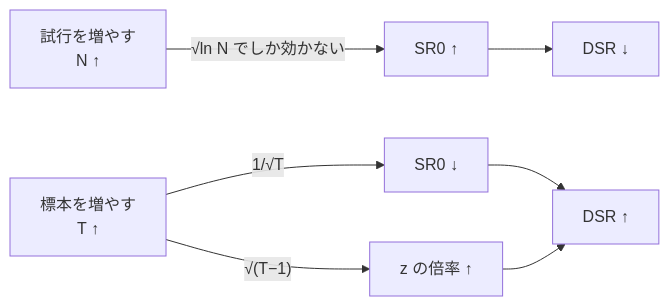
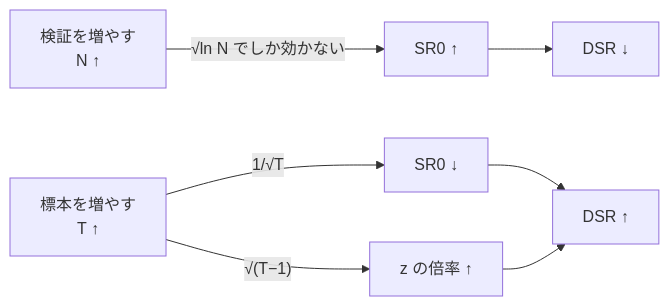
The fourth of 5 diagrams in docs/specs/experiments/feature-discovery/dsr.md (akiraak/ai-income-lab), drawn with Mermaid before and after one commit. The commit also changed other lines of this file and 52 other files, not shown here.

````diff
--- a/docs/specs/experiments/feature-discovery/dsr.md
+++ b/docs/specs/experiments/feature-discovery/dsr.md
@@ -142,6 +142,6 @@
 ```mermaid
 flowchart LR
-  N["試行を増やす<br/>N ↑"] -->|"√ln N でしか効かない"| S0["SR0 ↑"] --> DN["DSR ↓"]
+  N["検証を増やす<br/>N ↑"] -->|"√ln N でしか効かない"| S0["SR0 ↑"] --> DN["DSR ↓"]
   T["標本を増やす<br/>T ↑"] -->|"1/√T"| S0B["SR0 ↓"] --> DU["DSR ↑"]
   T -->|"√(T−1)"| Z["z の倍率 ↑"] --> DU
 ```
````
